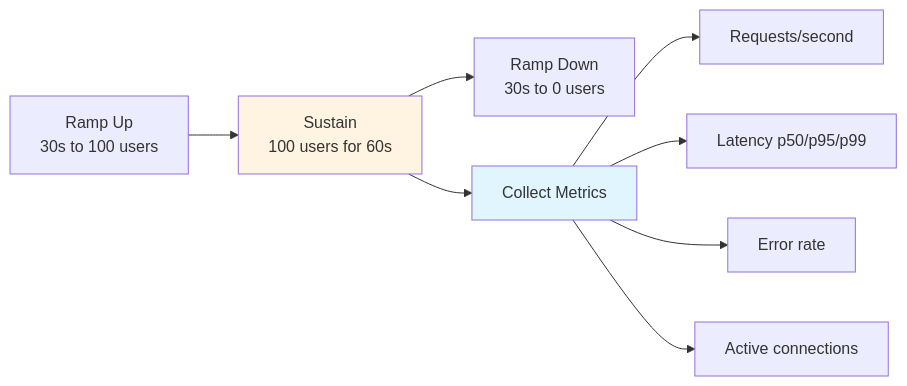
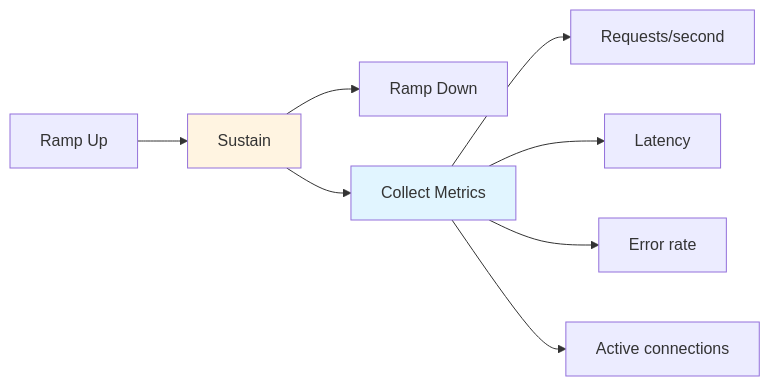
One commit to photom/magicer changed diagram 13 of 16 in docs/reference/TESTING_STRATEGY.md. Above: the diagram before and after it, drawn with Mermaid. The commit also changed other lines of this file and 4 other files, not shown here.

````diff
--- a/docs/reference/TESTING_STRATEGY.md
+++ b/docs/reference/TESTING_STRATEGY.md
@@ -724,14 +724,14 @@
 ```mermaid
 graph LR
-    Ramp[Ramp Up<br/>30s to 100 users] --> Sustain[Sustain<br/>100 users for 60s]
-    Sustain --> Down[Ramp Down<br/>30s to 0 users]
+    Ramp[Ramp Up] --> Sustain[Sustain]
+    Sustain --> Down[Ramp Down]
     
     Sustain --> Collect[Collect Metrics]
     Collect --> RPS[Requests/second]
-    Collect --> Latency[Latency p50/p95/p99]
+    Collect --> Latency[Latency]
     Collect --> Errors[Error rate]
     Collect --> Conns[Active connections]
     
     style Sustain fill:#fff4e1
     style Collect fill:#e1f5ff
 ```
````
